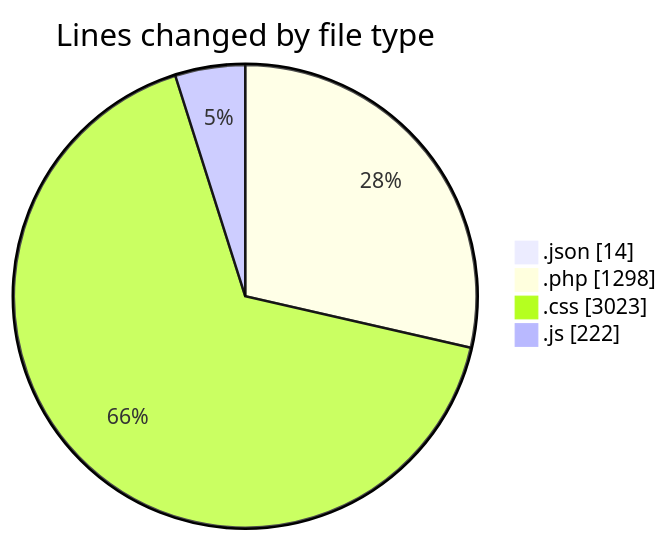
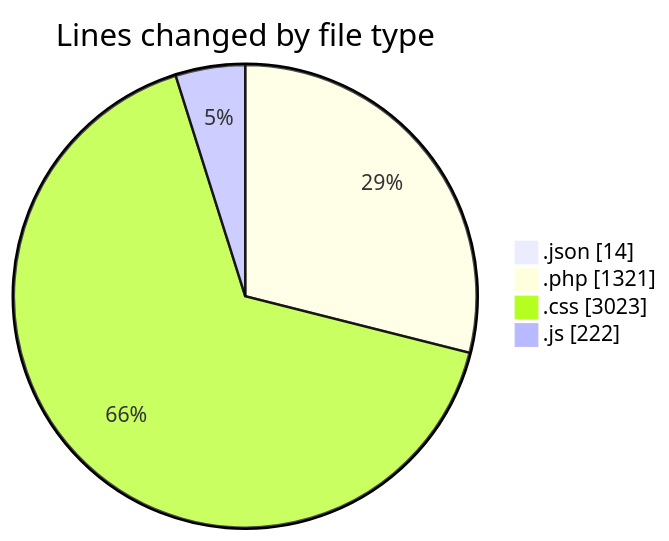
Before and after one commit to debugP/code-tracking: the first of 2 diagrams in 2026-07-27/untitled__workspace_/README.md, drawn with Mermaid. The commit also changed other lines of this file and 1 other file, not shown here.

````diff
--- a/2026-07-27/untitled__workspace_/README.md
+++ b/2026-07-27/untitled__workspace_/README.md
@@ -26,8 +26,8 @@
 ```mermaid
 pie showData
 title Lines changed by file type
 ".json" : 14
-".php" : 1298
+".php" : 1321
 ".css" : 3023
 ".js" : 222
 ```
````
